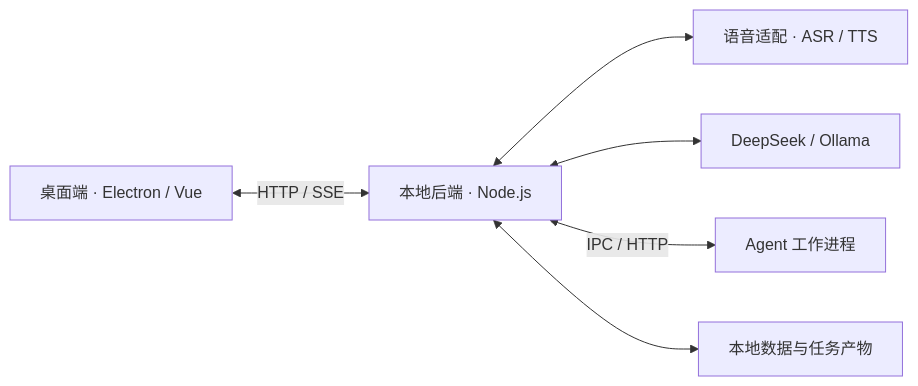
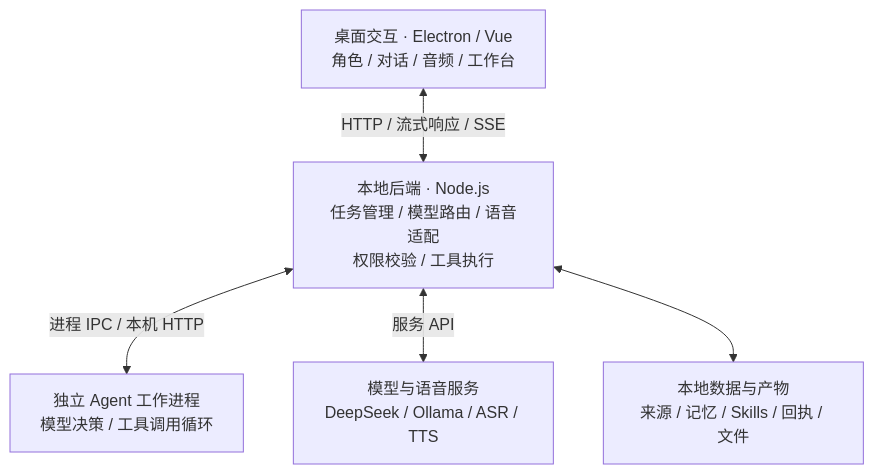
One commit to liguozheng-ac/Lingbo-Desk changed the diagram in README.md. Above: the diagram before and after it, drawn with Mermaid. The commit also changed other lines of this file and 6 other files, not shown here.

````diff
--- a/README.md
+++ b/README.md
@@ -36,15 +94,13 @@
 ```mermaid
-flowchart LR
-    desktop["桌面端 · Electron / Vue"]
-    gateway["本地后端 · Node.js"]
-    speech["语音适配 · ASR / TTS"]
-    models["DeepSeek / Ollama"]
-    worker["Agent 工作进程"]
-    storage["本地数据与任务产物"]
+flowchart TB
+    desktop["桌面交互 · Electron / Vue<br/>角色 / 对话 / 音频 / 工作台"]
+    gateway["本地后端 · Node.js<br/>任务管理 / 模型路由 / 语音适配<br/>权限校验 / 工具执行"]
+    worker["独立 Agent 工作进程<br/>模型决策 / 工具调用循环"]
+    providers["模型与语音服务<br/>DeepSeek / Ollama / ASR / TTS"]
+    storage["本地数据与产物<br/>来源 / 记忆 / Skills / 回执 / 文件"]
 
-    desktop <-->|HTTP / SSE| gateway
-    gateway <--> speech
-    gateway <--> models
-    gateway <-->|IPC / HTTP| worker
+    desktop <-->|HTTP / 流式响应 / SSE| gateway
+    gateway <-->|进程 IPC / 本机 HTTP| worker
+    gateway <-->|服务 API| providers
     gateway <--> storage
 ```
````
